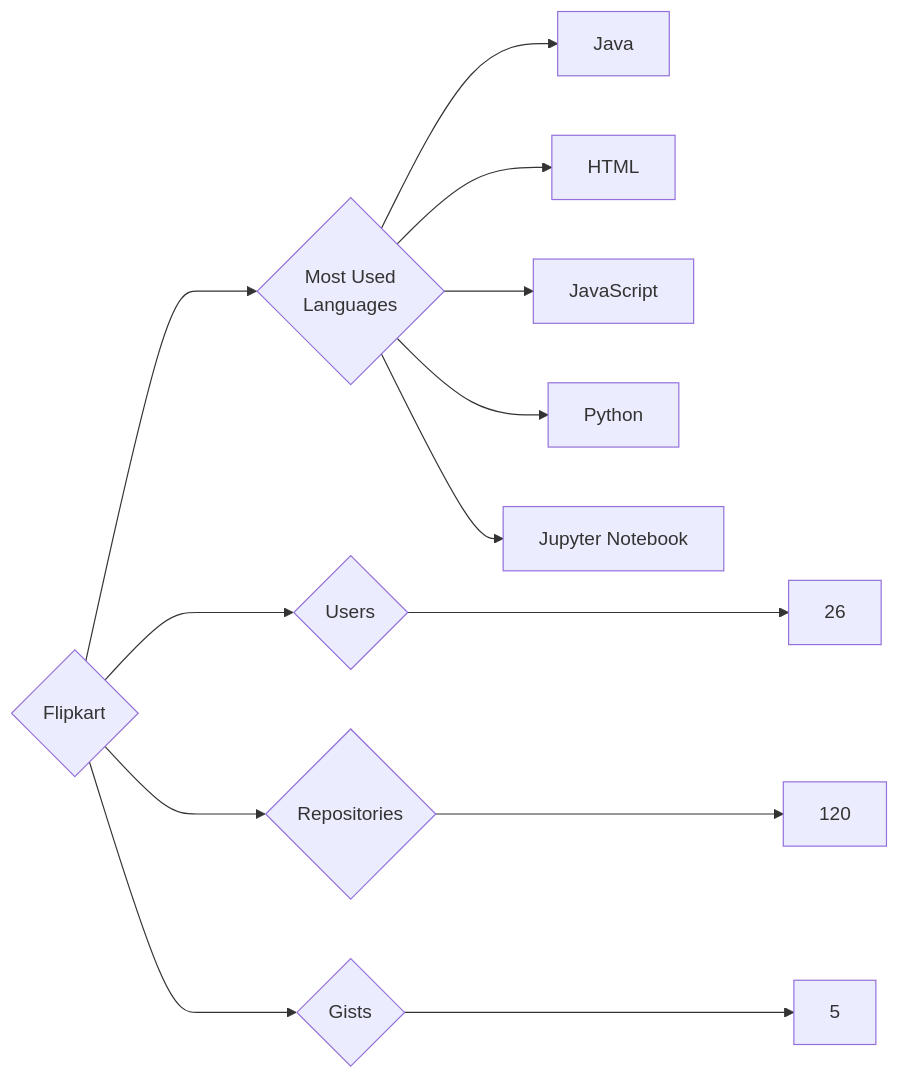
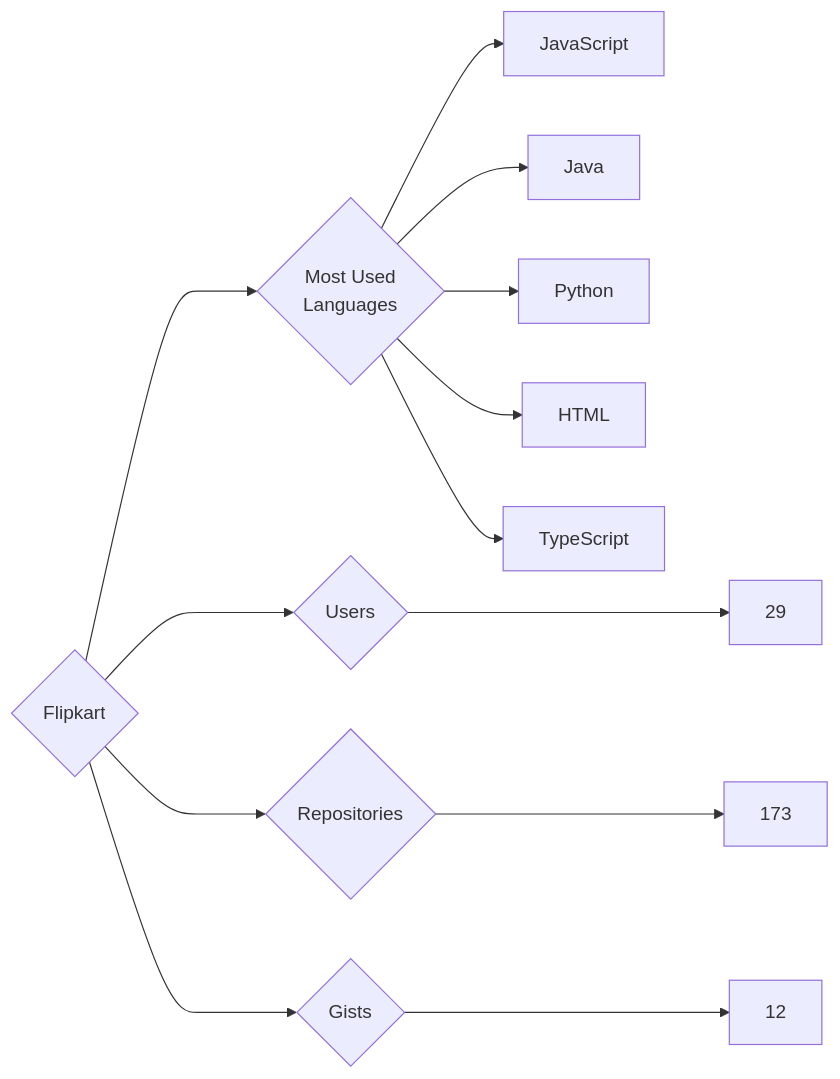
Before and after one commit to trickest/insiders: the diagram in targets/Flipkart/README.md, drawn with Mermaid. The commit also changed 681 other files, not shown here.

````diff
--- a/targets/Flipkart/README.md
+++ b/targets/Flipkart/README.md
@@ -3,13 +3,13 @@
 ```mermaid
 graph LR
 COMPANY_NAME{Flipkart}
-COMPANY_NAME ---> U{Users} ---> UN[26]
-COMPANY_NAME ---> R{Repositories} ---> RN[120]
-COMPANY_NAME ---> G{Gists} ---> GN[5]
+COMPANY_NAME ---> U{Users} ---> UN[29]
+COMPANY_NAME ---> R{Repositories} ---> RN[173]
+COMPANY_NAME ---> G{Gists} ---> GN[12]
 COMPANY_NAME ---> ML{Most Used<br>Languages}
+ML --> JavaScript[JavaScript]
 ML --> Java[Java]
+ML --> Python[Python]
 ML --> HTML[HTML]
-ML --> JavaScript[JavaScript]
-ML --> Python[Python]
-ML --> Jupyter_Notebook[Jupyter Notebook]
+ML --> TypeScript[TypeScript]
 ```
````
